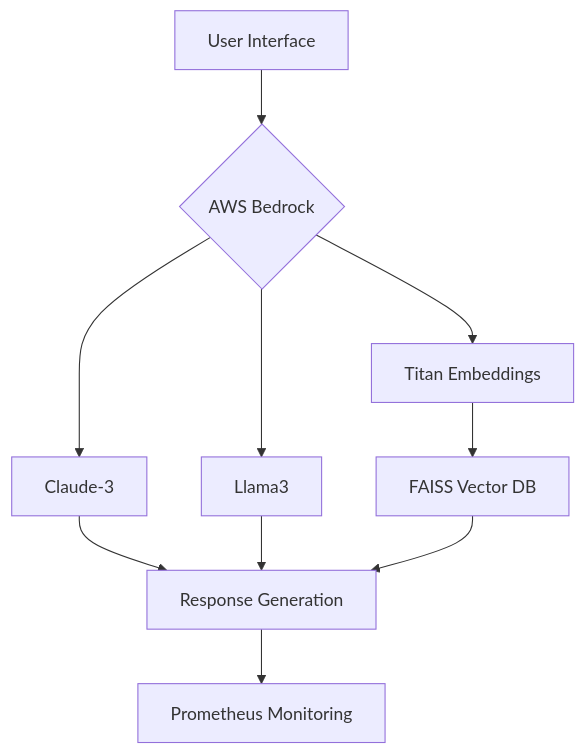
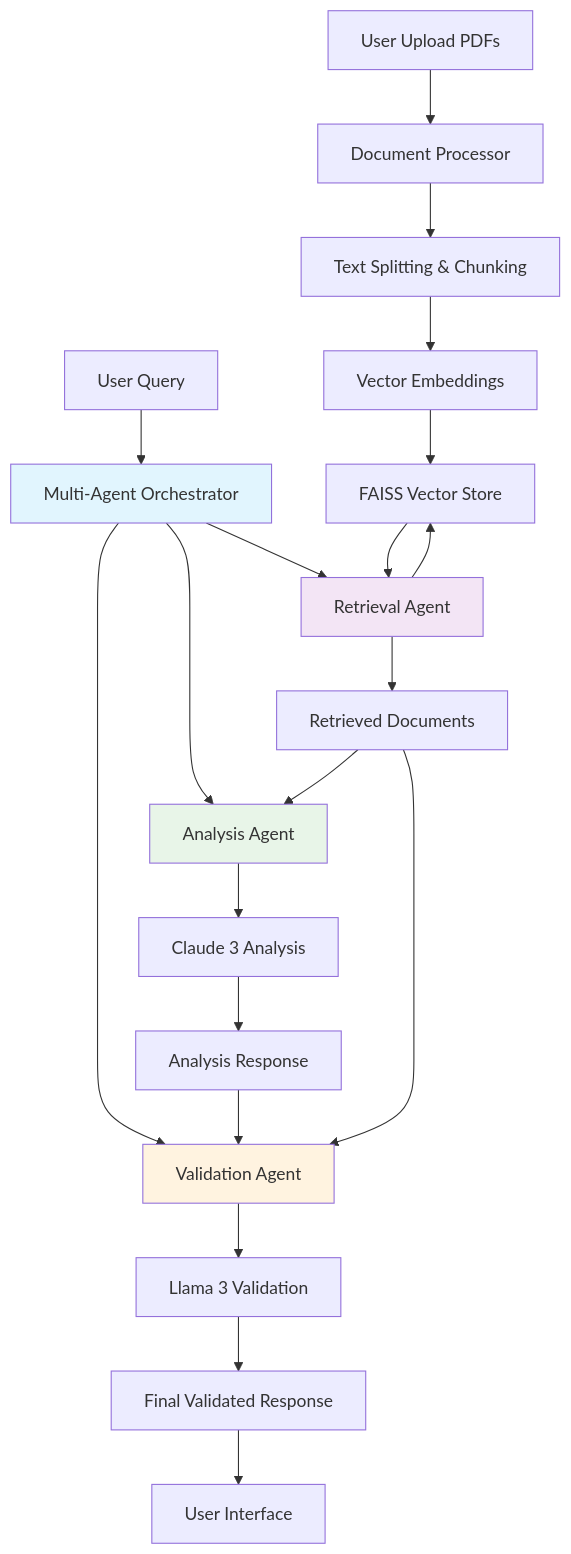
The first of 2 diagrams in README.md (jayzalani/RAG-system-with-AWS-Bedrock-integration), drawn with Mermaid before and after one commit. The commit also changed other lines of this file, not shown here.

````diff
--- a/README.md
+++ b/README.md
@@ -68,12 +24,32 @@
 ```mermaid
-graph TD
-    A[User Interface] --> B{AWS Bedrock}
-    B --> C[Titan Embeddings]
-    B --> D[Claude-3]
-    B --> E[Llama3]
-    C --> F[FAISS Vector DB]
-    D --> G[Response Generation]
-    E --> G
-    F --> G
-    G --> H[Prometheus Monitoring]
+graph TB
+    A[User Upload PDFs] --> B[Document Processor]
+    B --> C[Text Splitting & Chunking]
+    C --> D[Vector Embeddings]
+    D --> E[FAISS Vector Store]
+    
+    F[User Query] --> G[Multi-Agent Orchestrator]
+    G --> H[Retrieval Agent]
+    G --> I[Analysis Agent]
+    G --> J[Validation Agent]
+    
+    H --> E
+    E --> H
+    H --> K[Retrieved Documents]
+    
+    K --> I
+    I --> L[Claude 3 Analysis]
+    L --> M[Analysis Response]
+    
+    M --> J
+    K --> J
+    J --> N[Llama 3 Validation]
+    N --> O[Final Validated Response]
+    
+    O --> P[User Interface]
+    
+    style G fill:#e1f5fe
+    style H fill:#f3e5f5
+    style I fill:#e8f5e8
+    style J fill:#fff3e0
 ```
````
